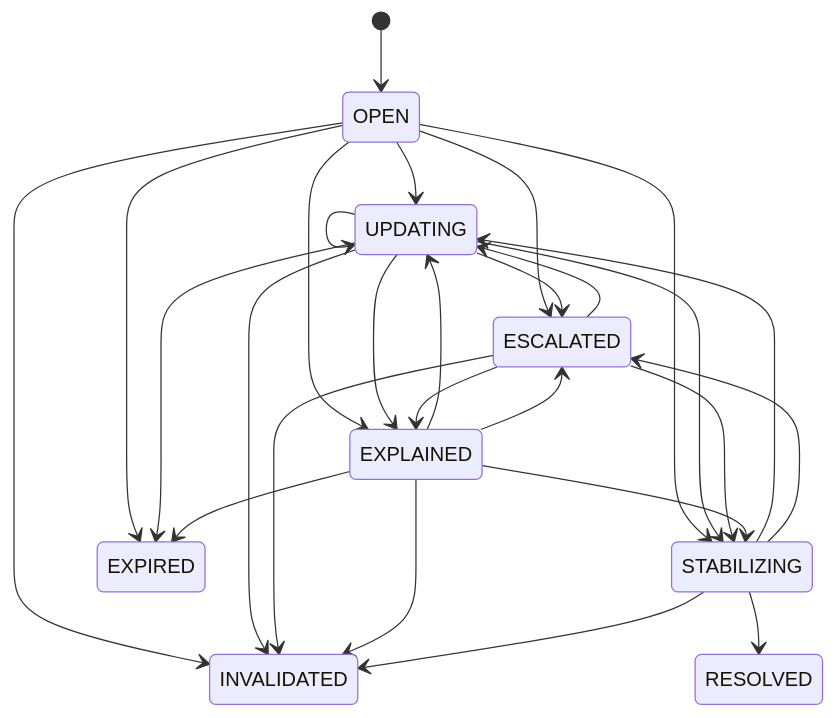
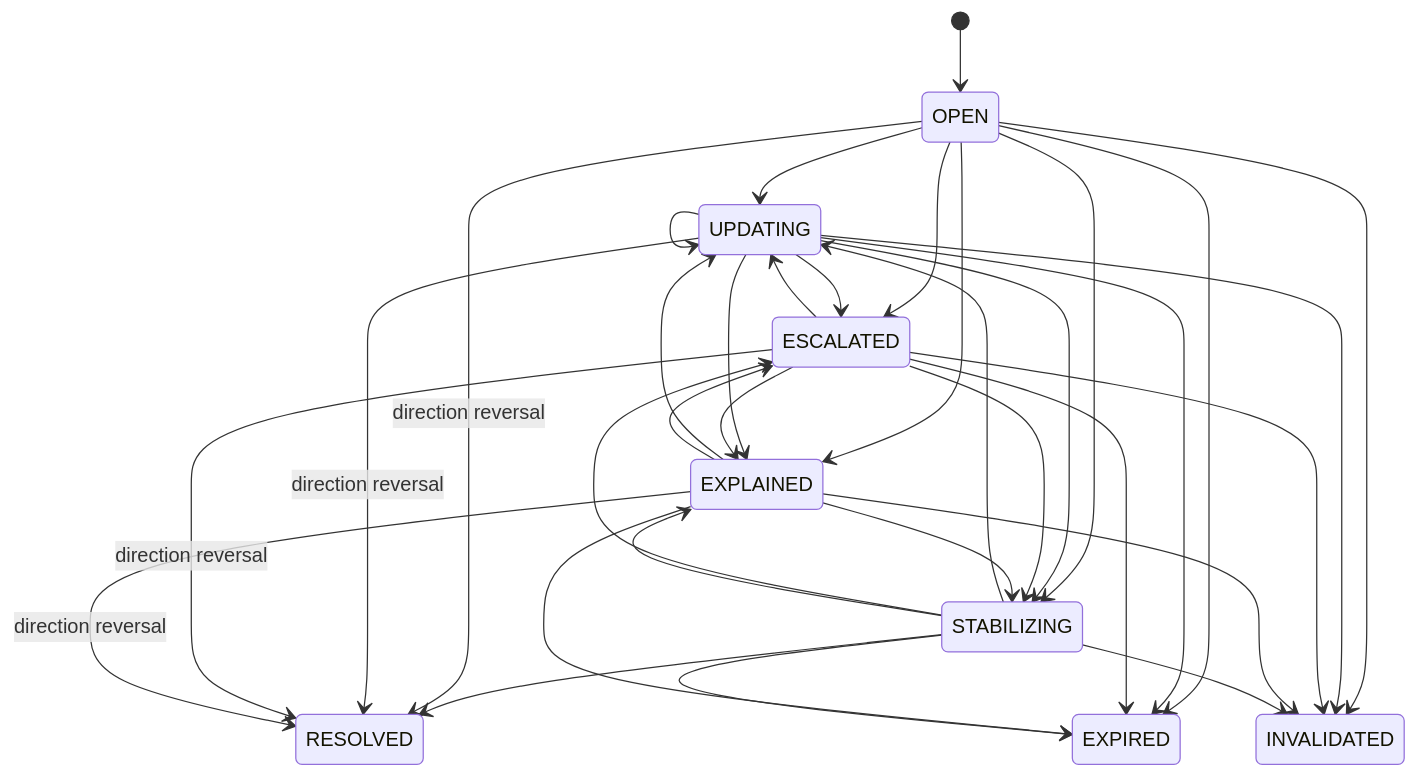
The second of 6 diagrams in docs/phase4-architecture.md (enjoyfulwen0204-eng/whoop-briefing), drawn with Mermaid before and after one commit. The commit also changed other lines of this file, not shown here.

Commit message:
docs: repair phase 4 architecture gate findings

```diff
--- a/docs/phase4-architecture.md
+++ b/docs/phase4-architecture.md
@@ -580,29 +661,36 @@
 ~~~mermaid
 stateDiagram-v2
     [*] --> OPEN
     OPEN --> UPDATING
     OPEN --> ESCALATED
     OPEN --> EXPLAINED
     OPEN --> STABILIZING
     UPDATING --> UPDATING
     UPDATING --> ESCALATED
     UPDATING --> EXPLAINED
     UPDATING --> STABILIZING
     ESCALATED --> UPDATING
     ESCALATED --> EXPLAINED
     ESCALATED --> STABILIZING
     EXPLAINED --> UPDATING
     EXPLAINED --> ESCALATED
     EXPLAINED --> STABILIZING
     STABILIZING --> UPDATING
     STABILIZING --> ESCALATED
+    STABILIZING --> EXPLAINED
     STABILIZING --> RESOLVED
+    OPEN --> RESOLVED: direction reversal
+    UPDATING --> RESOLVED: direction reversal
+    ESCALATED --> RESOLVED: direction reversal
+    EXPLAINED --> RESOLVED: direction reversal
     OPEN --> EXPIRED
     UPDATING --> EXPIRED
+    ESCALATED --> EXPIRED
     EXPLAINED --> EXPIRED
+    STABILIZING --> EXPIRED
     OPEN --> INVALIDATED
     UPDATING --> INVALIDATED
     ESCALATED --> INVALIDATED
     EXPLAINED --> INVALIDATED
     STABILIZING --> INVALIDATED
 ~~~
```
